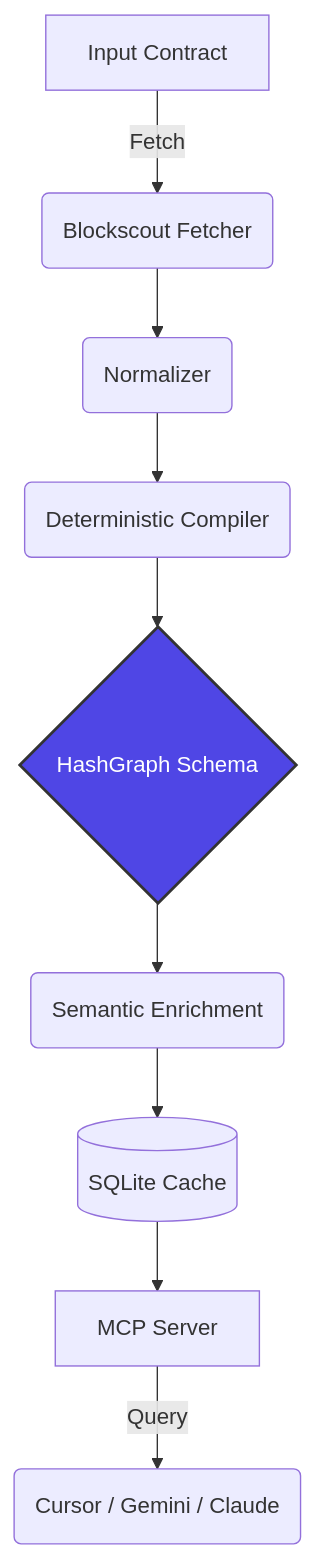
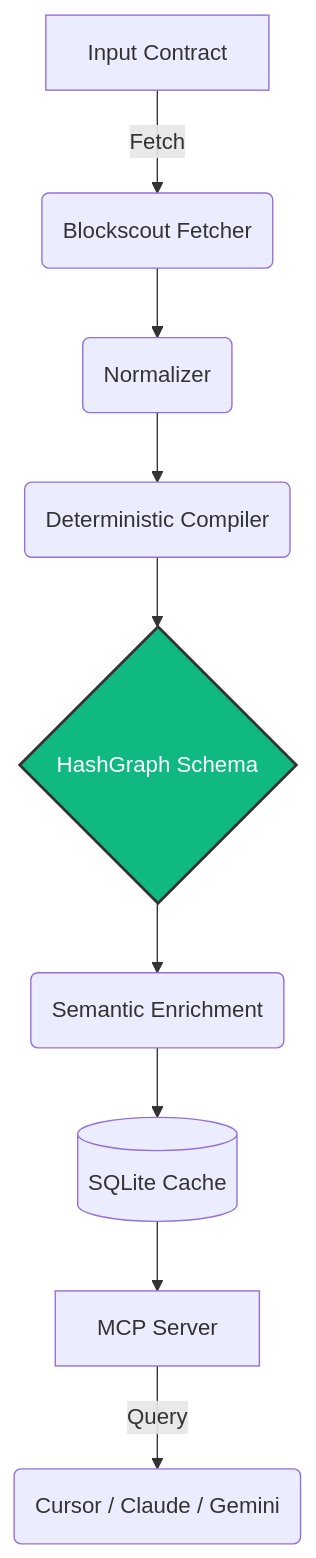
One commit to Nifemi0/HashGraph changed the diagram in README.md. Above: the diagram before and after it, drawn with Mermaid. The commit also changed other lines of this file, not shown here.

````diff
--- a/README.md
+++ b/README.md
@@ -48,13 +137,13 @@
 ```mermaid
 graph TD
     A[Input Contract] -->|Fetch| B(Blockscout Fetcher)
     B --> C(Normalizer)
     C --> D(Deterministic Compiler)
     D --> E{HashGraph Schema}
     E --> F(Semantic Enrichment)
     F --> G[(SQLite Cache)]
     G --> H[MCP Server]
-    H -->|Query| I(Cursor / Gemini / Claude)
-    
-    style E fill:#4f46e5,stroke:#333,stroke-width:2px,color:#fff
+    H -->|Query| I(Cursor / Claude / Gemini)
+
+    style E fill:#10B981,stroke:#333,stroke-width:2px,color:#fff
 ```
````
